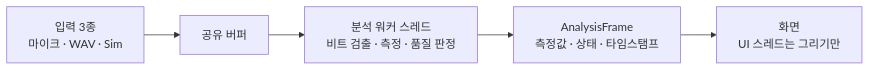
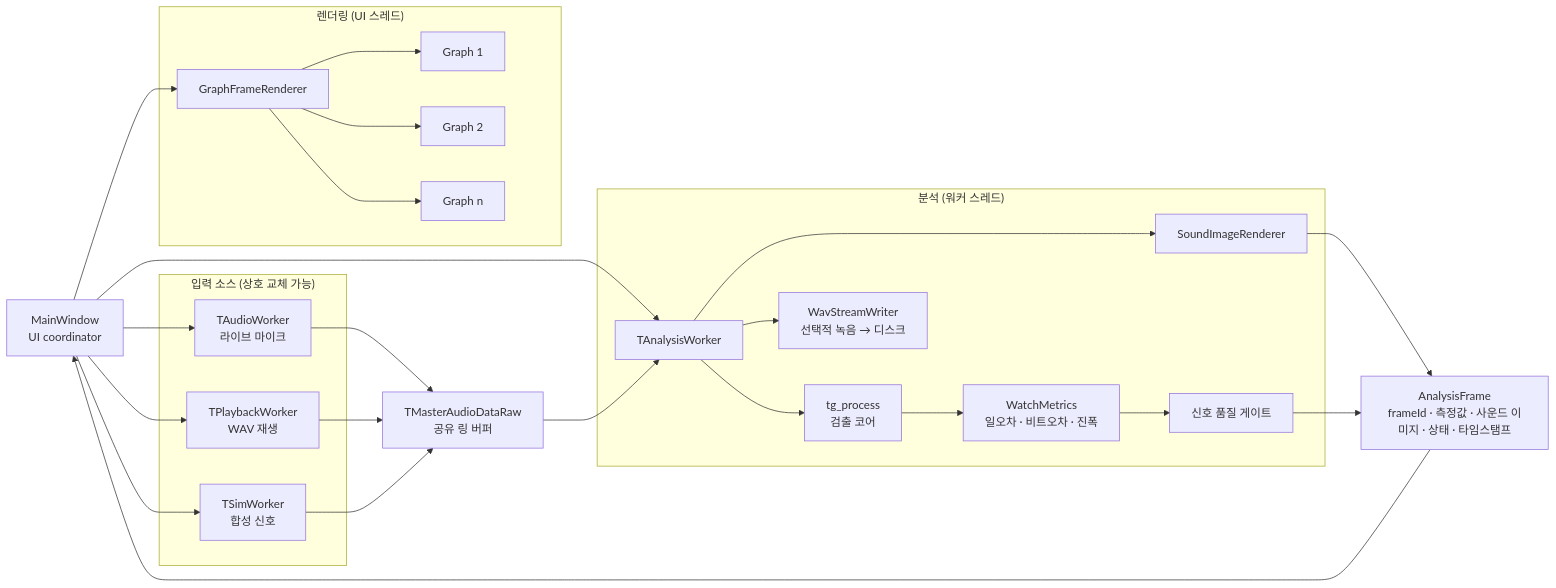
One commit to lgcmu2026-team5/TimeGrapher-Docs changed the diagram in Milestone1/Presentation/ko/Milestone1_5-Architectural-Approaches.md. Above: the diagram before and after it, drawn with Mermaid. The commit also changed 1 other file, not shown here.

Commit message:
Use the detailed component diagram in Milestone 1-5 (en/ko)

````diff
--- a/Milestone1/Presentation/ko/Milestone1_5-Architectural-Approaches.md
+++ b/Milestone1/Presentation/ko/Milestone1_5-Architectural-Approaches.md
@@ -9,7 +9,54 @@
 ```mermaid
 flowchart LR
-    IN[입력 3종<br/>마이크 · WAV · Sim] --> BUF[공유 버퍼]
-    BUF --> AN[분석 워커 스레드<br/>비트 검출 · 측정 · 품질 판정]
-    AN --> FR[AnalysisFrame<br/>측정값 · 상태 · 타임스탬프]
-    FR --> UI[화면<br/>UI 스레드는 그리기만]
+    MW[MainWindow<br/>UI coordinator]
+
+    subgraph Input["입력 소스 (상호 교체 가능)"]
+        AW[TAudioWorker<br/>라이브 마이크]
+        PW[TPlaybackWorker<br/>WAV 재생]
+        SW[TSimWorker<br/>합성 신호]
+    end
+
+    BUF[TMasterAudioDataRaw<br/>공유 링 버퍼]
+
+    subgraph Analysis["분석 (워커 스레드)"]
+        AN[TAnalysisWorker]
+        TG[tg_process<br/>검출 코어]
+        WM[WatchMetrics<br/>일오차 · 비트오차 · 진폭]
+        QG[신호 품질 게이트]
+        SR[SoundImageRenderer]
+        WAV[WavStreamWriter<br/>선택적 녹음 → 디스크]
+    end
+
+    DTO[AnalysisFrame<br/>frameId · 측정값 · 사운드 이미지 · 상태 · 타임스탬프]
+
+    subgraph Render["렌더링 (UI 스레드)"]
+        GR[GraphFrameRenderer]
+        G1[Graph 1]
+        G2[Graph 2]
+        GN[Graph n]
+    end
+
+    AW --> BUF
+    PW --> BUF
+    SW --> BUF
+
+    MW --> AW
+    MW --> PW
+    MW --> SW
+    MW --> AN
+
+    BUF --> AN
+    AN --> TG
+    TG --> WM
+    WM --> QG
+    AN --> SR
+    SR --> DTO
+    AN --> WAV
+    QG --> DTO
+
+    DTO --> MW
+    MW --> GR
+    GR --> G1
+    GR --> G2
+    GR --> GN
 ```
````
